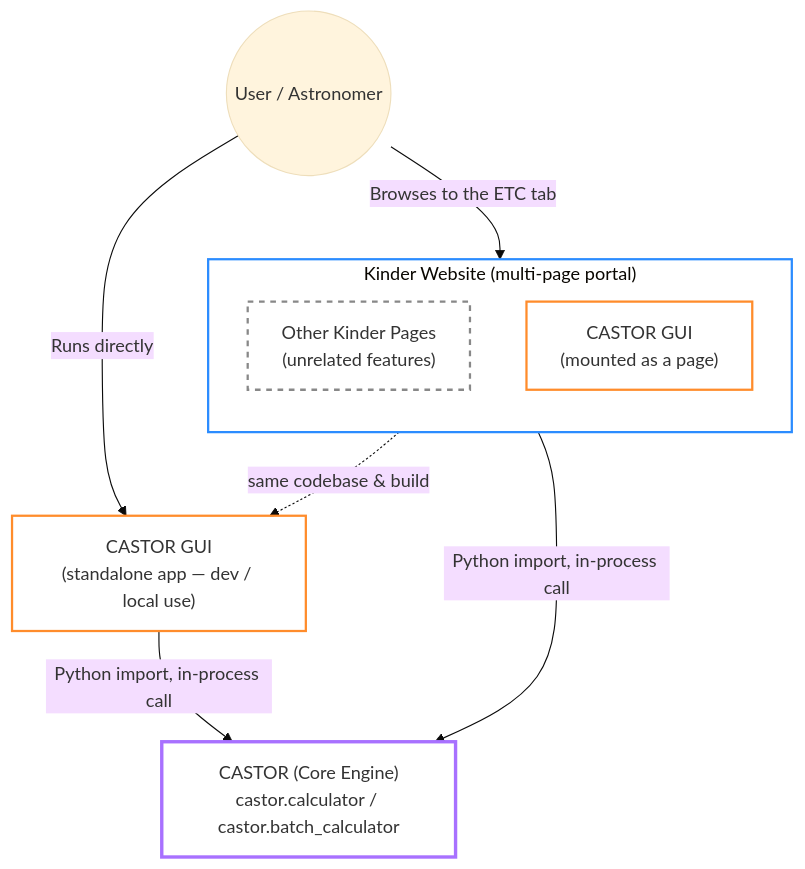
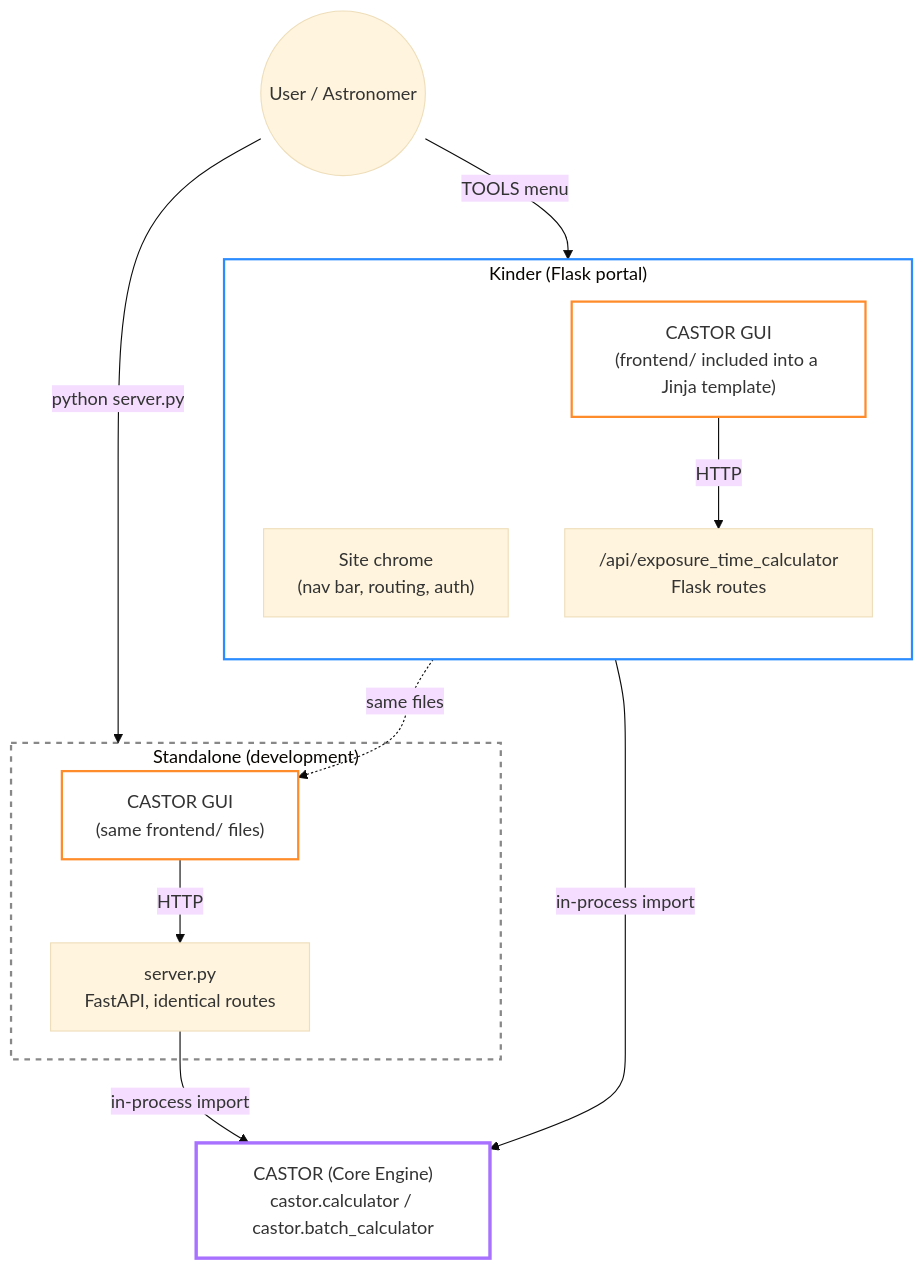
Before and after one commit to AlexLee24/CASTOR: the first of 2 diagrams in docs/gui_architecture.md, drawn with Mermaid (base theme). The commit also changed other lines of this file and 9 other files, not shown here.

````diff
--- a/docs/gui_architecture.md
+++ b/docs/gui_architecture.md
@@ -23,26 +23,33 @@
 ```mermaid
 flowchart TD
     User((User / Astronomer))
 
-    subgraph KinderSite["Kinder Website (multi-page portal)"]
+    subgraph KinderSite["Kinder (Flask portal)"]
         direction TB
-        KinderOther["Other Kinder Pages<br/>(unrelated features)"]
-        MountedGUI["CASTOR GUI<br/>(mounted as a page)"]
+        KinderNav["Site chrome<br/>(nav bar, routing, auth)"]
+        MountedGUI["CASTOR GUI<br/>(frontend/ included into a Jinja template)"]
+        KinderAPI["/api/exposure_time_calculator<br/>Flask routes"]
     end
 
-    StandaloneGUI["CASTOR GUI<br/>(standalone app — dev / local use)"]
+    subgraph Standalone["Standalone (development)"]
+        DevGUI["CASTOR GUI<br/>(same frontend/ files)"]
+        DevAPI["server.py<br/>FastAPI, identical routes"]
+    end
+
     CASTOR["CASTOR (Core Engine)<br/>castor.calculator / castor.batch_calculator"]
 
-    User -- "Browses to the ETC tab" --> KinderSite
-    User -- "Runs directly" --> StandaloneGUI
+    User -- "TOOLS menu" --> KinderSite
+    User -- "python server.py" --> Standalone
 
-    MountedGUI -. "same codebase & build" .-> StandaloneGUI
-    MountedGUI -- "Python import, in-process call" --> CASTOR
-    StandaloneGUI -- "Python import, in-process call" --> CASTOR
+    MountedGUI -- "HTTP" --> KinderAPI
+    DevGUI -- "HTTP" --> DevAPI
+    KinderAPI -- "in-process import" --> CASTOR
+    DevAPI -- "in-process import" --> CASTOR
+    MountedGUI -. "same files" .-> DevGUI
 
     style CASTOR fill:transparent,stroke:#a871ff,stroke-width:3px
     style MountedGUI fill:transparent,stroke:#ff8c2b,stroke-width:2px
-    style StandaloneGUI fill:transparent,stroke:#ff8c2b,stroke-width:2px
+    style DevGUI fill:transparent,stroke:#ff8c2b,stroke-width:2px
     style KinderSite fill:transparent,stroke:#2b8cff,stroke-width:2px
-    style KinderOther fill:transparent,stroke:#888888,stroke-width:2px,stroke-dasharray: 5 5
+    style Standalone fill:transparent,stroke:#888888,stroke-width:2px,stroke-dasharray: 5 5
 ```
````
